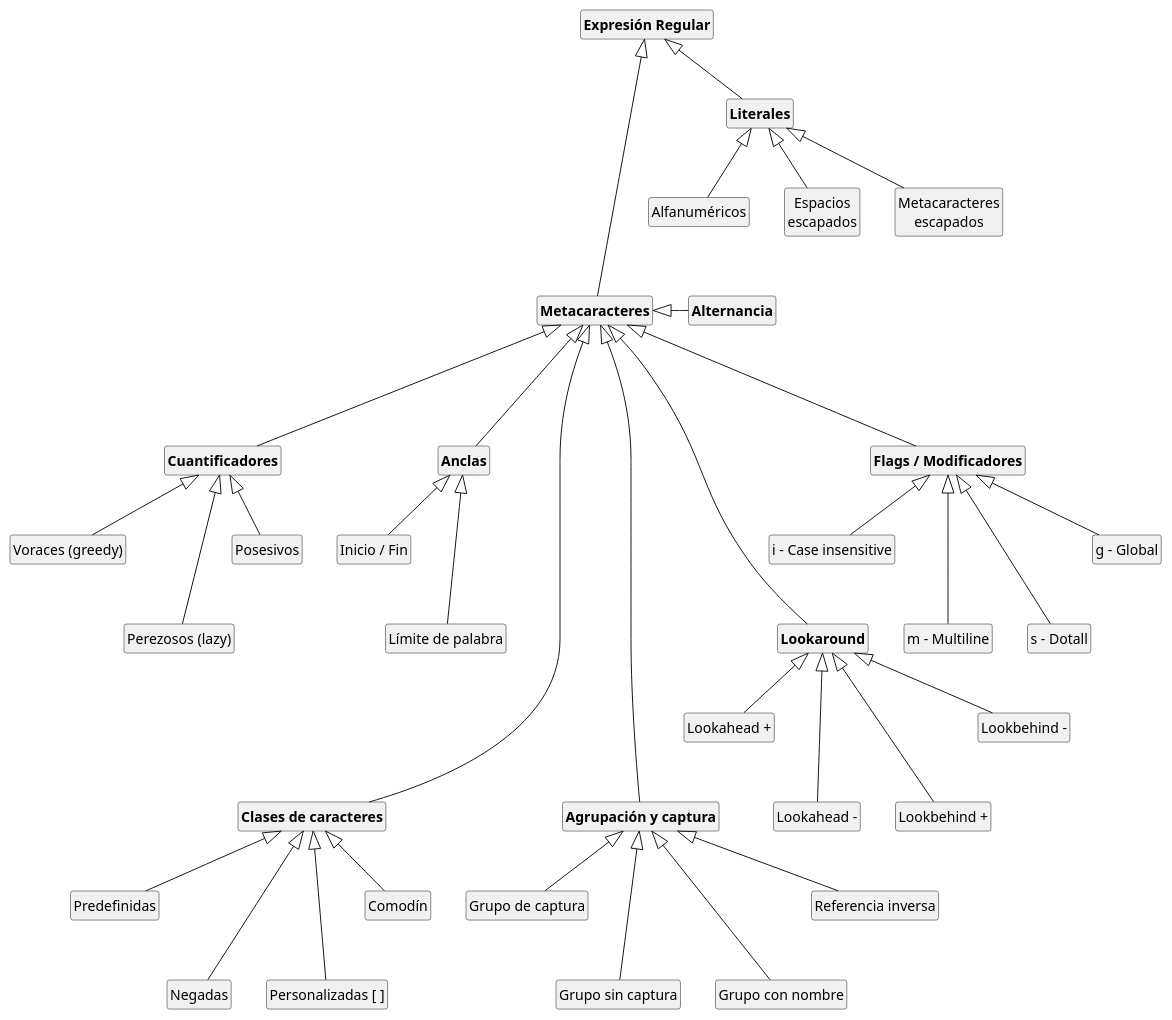
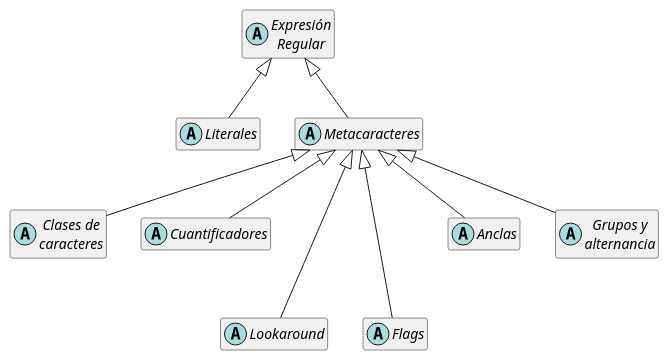
The diagram in modelosUML/regex-taxonomy-simple.puml (mmasias/25-26-LAET), drawn with PlantUML before and after one commit. The commit also changed 18 other files, not shown here.

```diff
--- a/modelosUML/regex-taxonomy-simple.puml
+++ b/modelosUML/regex-taxonomy-simple.puml
@@ -1,87 +1,34 @@
 @startuml
 
-hide circle
-hide members
+'hide circle
+hide empty member
+skinparam classAttributeFontName monospaced
+skinparam classFontName sans-serif
 
-class "<b>Expresión Regular" as RE
-class "<b>Literales</b>" as LIT
-
-
-  class "Alfanuméricos" as ALFA
-  class "Espacios\nescapados" as ESC_SP
-  class "Metacaracteres\nescapados" as ESC_META
-
-
-class "<b>Metacaracteres" as META
-class "<b>Cuantificadores" as QUANT
-class "Voraces (greedy)" as GREEDY
-class "Perezosos (lazy)" as LAZY
-class "Posesivos" as POSS
-class "<b>Anclas" as ANCHOR
-class "Inicio / Fin" as POS
-class "Límite de palabra" as BOUND
-class "<b>Clases de caracteres" as CCLASS
-class "Predefinidas" as PREDEF
-class "Negadas" as NEG
-class "Personalizadas [ ]" as CUSTOM
-class "Comodín" as DOT
-class "<b>Agrupación y captura" as GROUP
-class "Grupo de captura" as CAP
-class "Grupo sin captura" as NOCAP
-class "Grupo con nombre" as NAMED
-class "Referencia inversa" as BACKREF
-class "<b>Alternancia" as ALT
-class "<b>Lookaround" as LOOK
-class "Lookahead +" as LA_POS
-class "Lookahead -" as LA_NEG
-class "Lookbehind +" as LB_POS
-class "Lookbehind -" as LB_NEG
-class "<b>Flags / Modificadores" as FLAGS
-class "i - Case insensitive" as F_I
-class "m - Multiline" as F_M
-class "s - Dotall" as F_S
-class "g - Global" as F_G
+abstract "Expresión\nRegular" as RE
+abstract "Literales" as LIT
+abstract "Metacaracteres" as META
+abstract "Clases de\ncaracteres" as CCLASS
+abstract "Cuantificadores" as QUANT
+abstract "Anclas" as ANCHOR
+abstract "Grupos y\nalternancia" as GROUP
+abstract "Lookaround" as LOOK
+abstract "Flags" as FLAGS
 
 RE <|-- LIT
-RE <|---- META
+RE <|-- META
 
-LIT <|-- ALFA
-LIT <|-- ESC_SP
-LIT <|-- ESC_META
+LIT -[hidden]r- META
 
-META <|- ALT
-META <|--- QUANT
-META <|----- LOOK
-META <|------- GROUP
-META <|------- CCLASS
-META <|--- ANCHOR
+META <|-- CCLASS
+META <|-- QUANT
+META <|-- ANCHOR
+META <|-- GROUP
 META <|--- FLAGS
+META <|--- LOOK
 
-QUANT <|-- GREEDY
-QUANT <|--- LAZY
-QUANT <|-- POSS
-
-ANCHOR <|-- POS
-ANCHOR <|--- BOUND
-
-CCLASS <|-- PREDEF
-CCLASS <|--- NEG
-CCLASS <|--- CUSTOM
-CCLASS <|-- DOT
-
-GROUP <|-- CAP
-GROUP <|--- NOCAP
-GROUP <|--- NAMED
-GROUP <|-- BACKREF
-
-LOOK <|-- LA_POS
-LOOK <|--- LA_NEG
-LOOK <|--- LB_POS
-LOOK <|-- LB_NEG
-
-FLAGS <|-- F_I
-FLAGS <|--- F_M
-FLAGS <|--- F_S
-FLAGS <|-- F_G
+CCLASS -[hidden]r- QUANT
+QUANT -[hidden]r- LOOK
+LOOK -[hidden]r- FLAGS
 
 @enduml
```
